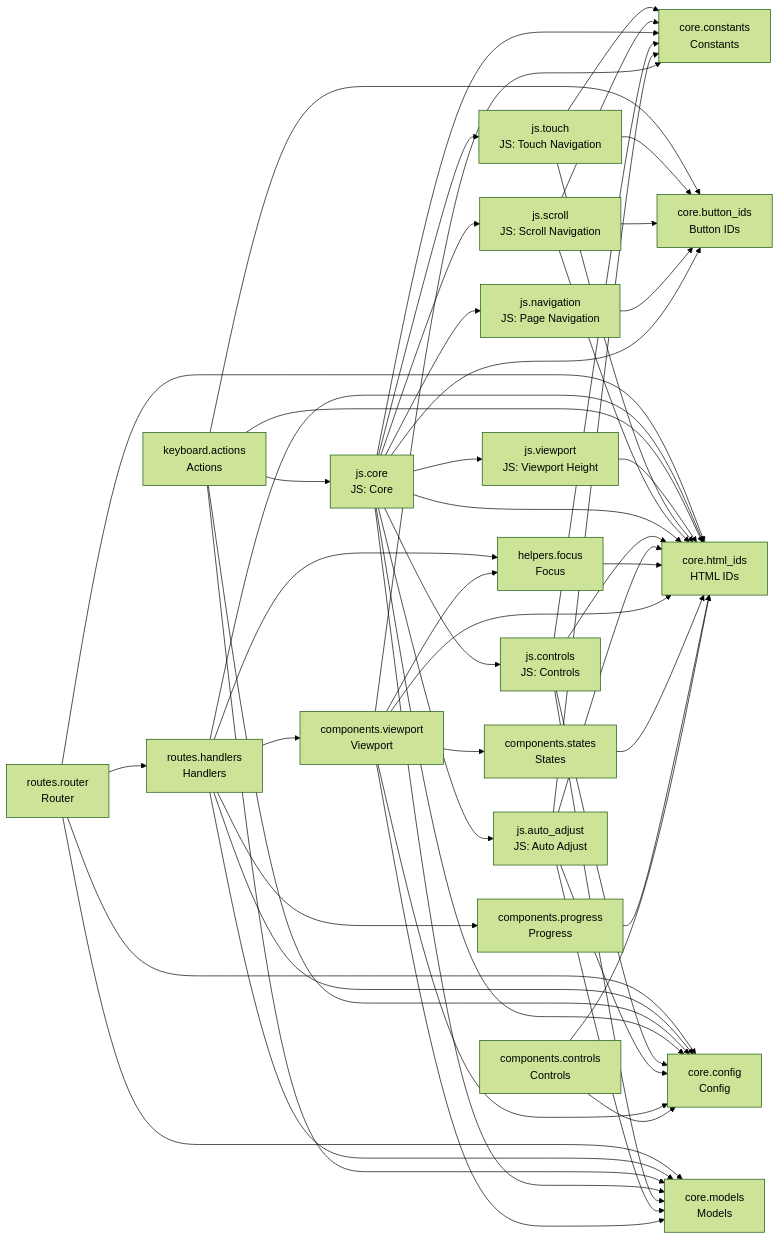
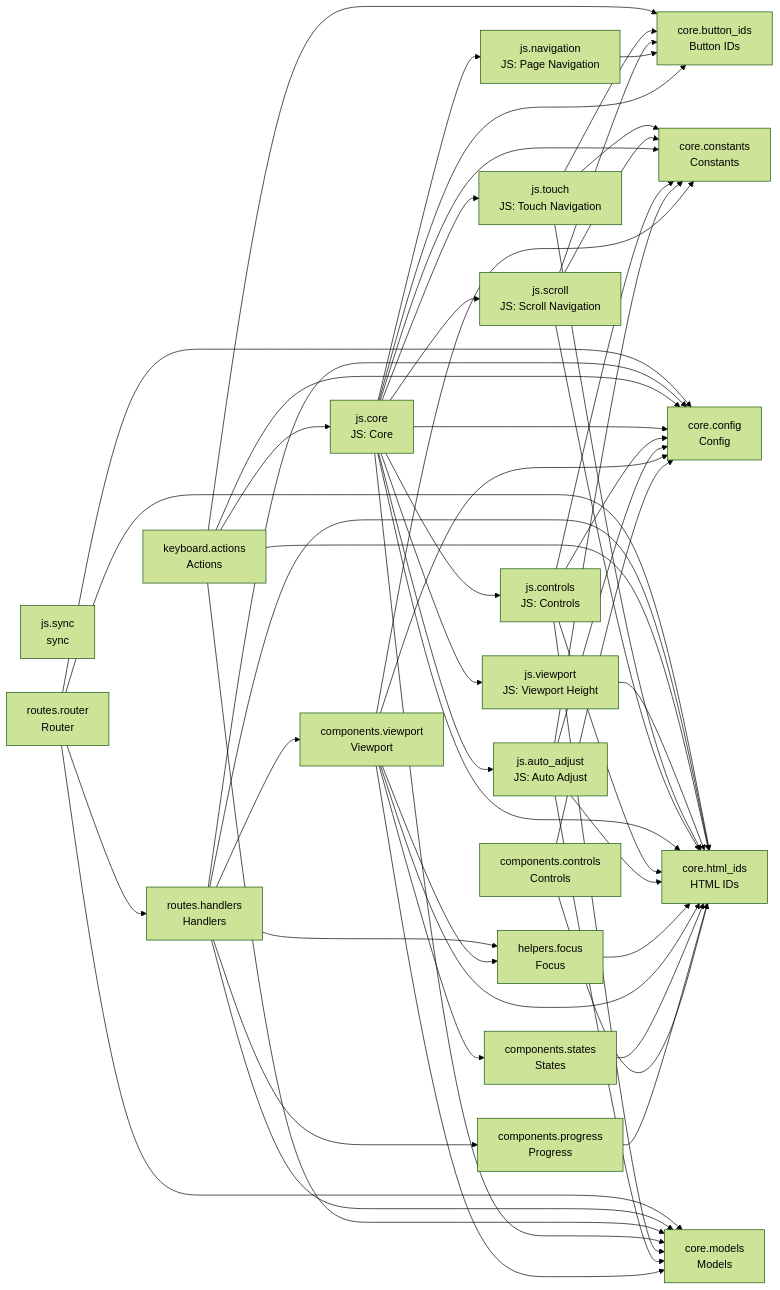
Before and after one commit to cj-mills/cjm-fasthtml-card-stack: the diagram in README.md, drawn with Mermaid (forest theme). The commit also changed other lines of this file and 5 other files, not shown here.

````diff
--- a/README.md
+++ b/README.md
@@ -46,77 +47,78 @@
 ``` mermaid
 graph LR
     components_controls[components.controls<br/>Controls]
     components_progress[components.progress<br/>Progress]
     components_states[components.states<br/>States]
     components_viewport[components.viewport<br/>Viewport]
     core_button_ids[core.button_ids<br/>Button IDs]
     core_config[core.config<br/>Config]
     core_constants[core.constants<br/>Constants]
     core_html_ids[core.html_ids<br/>HTML IDs]
     core_models[core.models<br/>Models]
     helpers_focus[helpers.focus<br/>Focus]
     js_auto_adjust[js.auto_adjust<br/>JS: Auto Adjust]
     js_controls[js.controls<br/>JS: Controls]
     js_core[js.core<br/>JS: Core]
     js_navigation[js.navigation<br/>JS: Page Navigation]
     js_scroll[js.scroll<br/>JS: Scroll Navigation]
+    js_sync[js.sync<br/>sync]
     js_touch[js.touch<br/>JS: Touch Navigation]
     js_viewport[js.viewport<br/>JS: Viewport Height]
     keyboard_actions[keyboard.actions<br/>Actions]
     routes_handlers[routes.handlers<br/>Handlers]
     routes_router[routes.router<br/>Router]
 
+    components_controls --> core_config
     components_controls --> core_html_ids
-    components_controls --> core_config
     components_progress --> core_html_ids
     components_states --> core_html_ids
+    components_viewport --> helpers_focus
+    components_viewport --> core_config
     components_viewport --> core_constants
-    components_viewport --> helpers_focus
+    components_viewport --> components_states
     components_viewport --> core_html_ids
-    components_viewport --> components_states
     components_viewport --> core_models
-    components_viewport --> core_config
     helpers_focus --> core_html_ids
+    js_auto_adjust --> core_html_ids
     js_auto_adjust --> core_models
-    js_auto_adjust --> core_html_ids
+    js_auto_adjust --> core_constants
     js_auto_adjust --> core_config
-    js_auto_adjust --> core_constants
     js_controls --> core_constants
+    js_controls --> core_html_ids
     js_controls --> core_models
-    js_controls --> core_html_ids
     js_controls --> core_config
     js_core --> core_constants
     js_core --> js_controls
+    js_core --> js_scroll
+    js_core --> core_button_ids
+    js_core --> core_config
     js_core --> js_navigation
-    js_core --> js_scroll
+    js_core --> core_html_ids
+    js_core --> core_models
+    js_core --> js_touch
     js_core --> js_viewport
-    js_core --> core_html_ids
     js_core --> js_auto_adjust
-    js_core --> js_touch
-    js_core --> core_button_ids
-    js_core --> core_models
-    js_core --> core_config
     js_navigation --> core_button_ids
+    js_scroll --> core_button_ids
     js_scroll --> core_constants
-    js_scroll --> core_button_ids
     js_scroll --> core_html_ids
+    js_touch --> core_button_ids
     js_touch --> core_constants
-    js_touch --> core_button_ids
     js_touch --> core_html_ids
     js_viewport --> core_html_ids
     keyboard_actions --> js_core
-    keyboard_actions --> core_html_ids
     keyboard_actions --> core_button_ids
     keyboard_actions --> core_config
+    keyboard_actions --> core_html_ids
     keyboard_actions --> core_models
-    routes_handlers --> components_viewport
     routes_handlers --> helpers_focus
+    routes_handlers --> core_config
     routes_handlers --> core_html_ids
     routes_handlers --> core_models
-    routes_handlers --> core_config
+    routes_handlers --> components_viewport
     routes_handlers --> components_progress
     routes_router --> routes_handlers
+    routes_router --> core_config
     routes_router --> core_html_ids
     routes_router --> core_models
-    routes_router --> core_config
 ```
````
